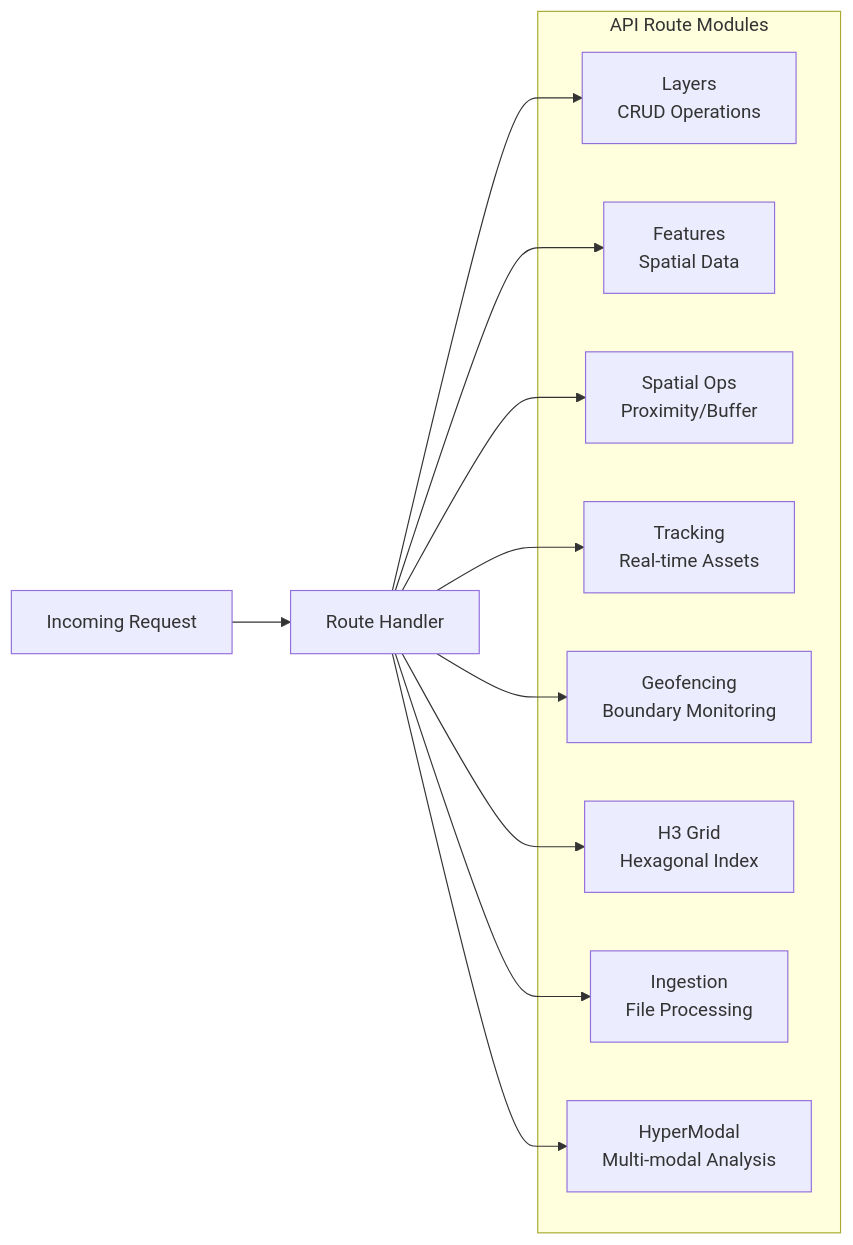
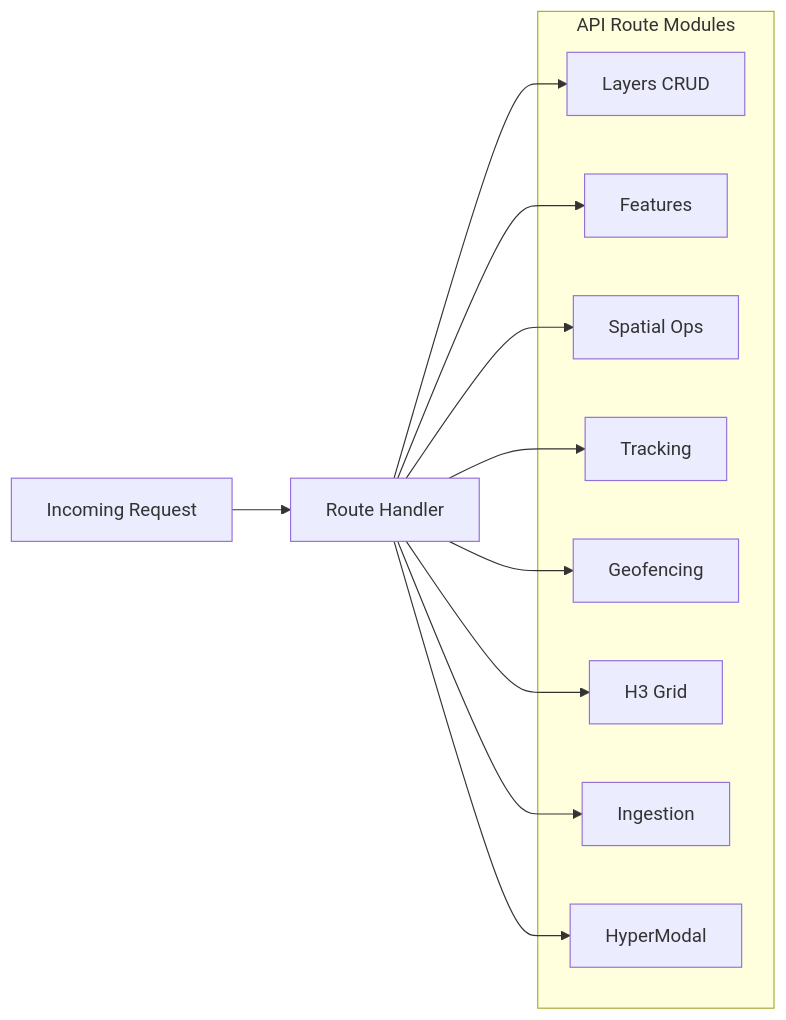
The second of 9 diagrams in ARCHITECTURE.md (adverant/Adverant-Nexus-Plugin-GeoAgent), drawn with Mermaid before and after one commit. The commit also changed other lines of this file, not shown here.

First line of the commit message:
docs: fix Mermaid diagram rendering for marketplace

````diff
--- a/ARCHITECTURE.md
+++ b/ARCHITECTURE.md
@@ -83,23 +83,23 @@
 ```mermaid
 flowchart LR
     subgraph APIRoutes["API Route Modules"]
-        Layers["Layers<br/>CRUD Operations"]
-        Features["Features<br/>Spatial Data"]
-        Spatial["Spatial Ops<br/>Proximity/Buffer"]
-        Tracking["Tracking<br/>Real-time Assets"]
-        Geofencing["Geofencing<br/>Boundary Monitoring"]
-        H3["H3 Grid<br/>Hexagonal Index"]
-        Ingestion["Ingestion<br/>File Processing"]
-        HyperModal["HyperModal<br/>Multi-modal Analysis"]
+        Layers["Layers CRUD"]
+        Features["Features"]
+        Spatial["Spatial Ops"]
+        Tracking["Tracking"]
+        Geofencing["Geofencing"]
+        H3["H3 Grid"]
+        Ingestion["Ingestion"]
+        HyperModal["HyperModal"]
     end
 
     Request["Incoming Request"] --> Router["Route Handler"]
     Router --> Layers
     Router --> Features
     Router --> Spatial
     Router --> Tracking
     Router --> Geofencing
     Router --> H3
     Router --> Ingestion
     Router --> HyperModal
 ```
````
